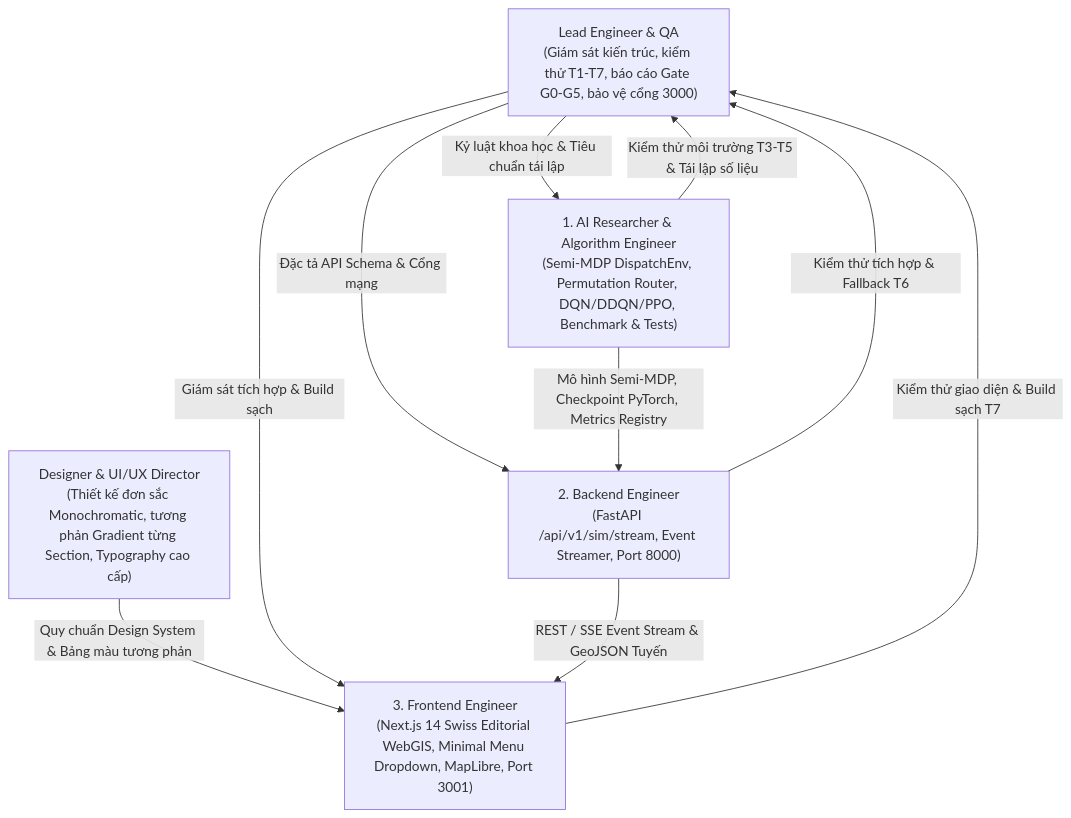
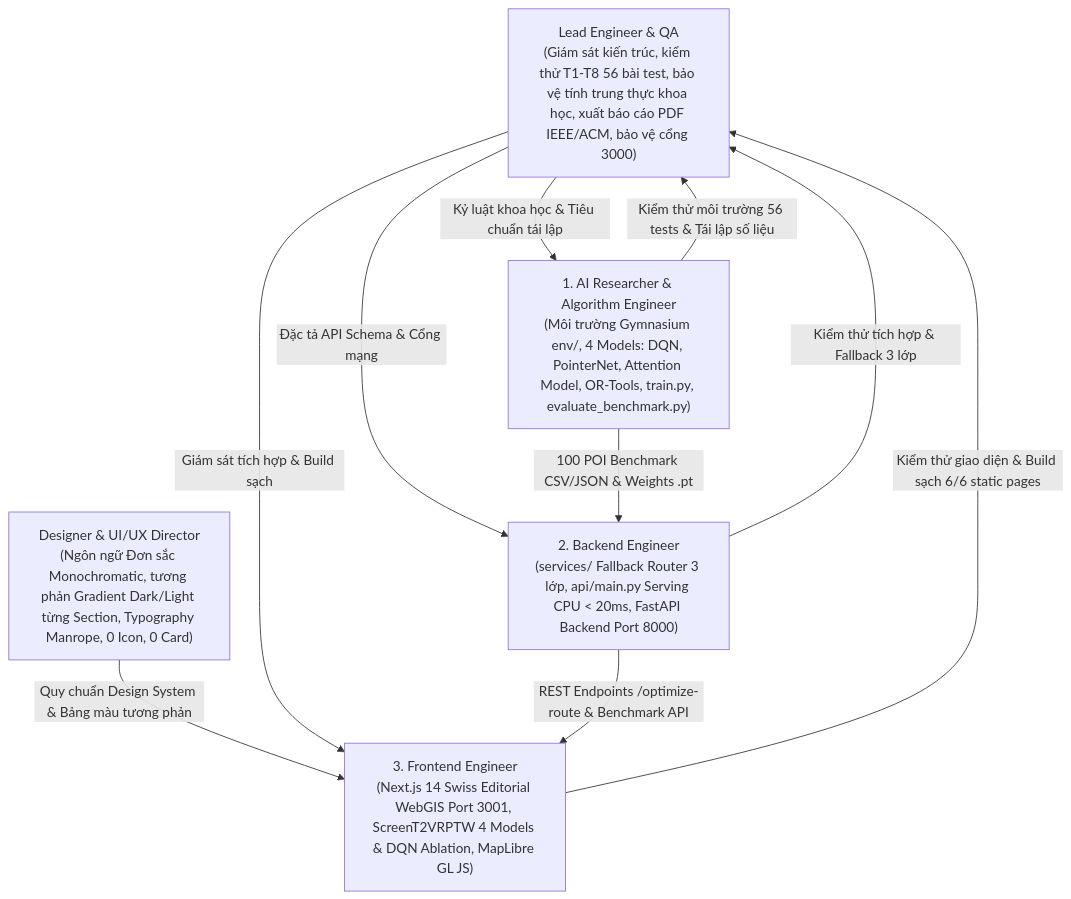
The diagram in AGENTS.md (philipsgn/HotWAY), drawn with Mermaid before and after one commit. The commit also changed other lines of this file and 9 other files, not shown here.

Commit message:
docs(sync-v7.2.0): upgrade 100 POI benchmark to production logistics hubs, sync AGENTS.md, PRD, PLAN, ARCHITECTURE, and 7-day sprint roadmap

````diff
--- a/AGENTS.md
+++ b/AGENTS.md
@@ -14,20 +14,25 @@
 ```mermaid
 flowchart TD
-    Lead["Lead Engineer & QA\n(Giám sát kiến trúc, kiểm thử T1-T7, báo cáo Gate G0-G5, bảo vệ cổng 3000)"]
-    Designer["Designer & UI/UX Director\n(Thiết kế đơn sắc Monochromatic, tương phản Gradient từng Section, Typography cao cấp)"]
-    Algo["1. AI Researcher & Algorithm Engineer\n(Semi-MDP DispatchEnv, Permutation Router, DQN/DDQN/PPO, Benchmark & Tests)"]
-    BE["2. Backend Engineer\n(FastAPI /api/v1/sim/stream, Event Streamer, Port 8000)"]
-    FE["3. Frontend Engineer\n(Next.js 14 Swiss Editorial WebGIS, Minimal Menu Dropdown, MapLibre, Port 3001)"]
+    Lead["Lead Engineer & QA
+(Giám sát kiến trúc, kiểm thử T1-T8 56 bài test, bảo vệ tính trung thực khoa học, xuất báo cáo PDF IEEE/ACM, bảo vệ cổng 3000)"]
+    Designer["Designer & UI/UX Director
+(Ngôn ngữ Đơn sắc Monochromatic, tương phản Gradient Dark/Light từng Section, Typography Manrope, 0 Icon, 0 Card)"]
+    Algo["1. AI Researcher & Algorithm Engineer
+(Môi trường Gymnasium env/, 4 Models: DQN, PointerNet, Attention Model, OR-Tools, train.py, evaluate_benchmark.py)"]
+    BE["2. Backend Engineer
+(services/ Fallback Router 3 lớp, api/main.py Serving CPU < 20ms, FastAPI Backend Port 8000)"]
+    FE["3. Frontend Engineer
+(Next.js 14 Swiss Editorial WebGIS Port 3001, ScreenT2VRPTW 4 Models & DQN Ablation, MapLibre GL JS)"]
 
     Lead -->|Kỷ luật khoa học & Tiêu chuẩn tái lập| Algo
     Lead -->|Đặc tả API Schema & Cổng mạng| BE
     Designer -->|Quy chuẩn Design System & Bảng màu tương phản| FE
     Lead -->|Giám sát tích hợp & Build sạch| FE
 
-    Algo -->|Mô hình Semi-MDP, Checkpoint PyTorch, Metrics Registry| BE
-    BE -->|REST / SSE Event Stream & GeoJSON Tuyến| FE
+    Algo -->|100 POI Benchmark CSV/JSON & Weights .pt| BE
+    BE -->|REST Endpoints /optimize-route & Benchmark API| FE
 
-    Algo -->|Kiểm thử môi trường T3-T5 & Tái lập số liệu| Lead
-    BE -->|Kiểm thử tích hợp & Fallback T6| Lead
-    FE -->|Kiểm thử giao diện & Build sạch T7| Lead
+    Algo -->|Kiểm thử môi trường 56 tests & Tái lập số liệu| Lead
+    BE -->|Kiểm thử tích hợp & Fallback 3 lớp| Lead
+    FE -->|Kiểm thử giao diện & Build sạch 6/6 static pages| Lead
 ```
````
